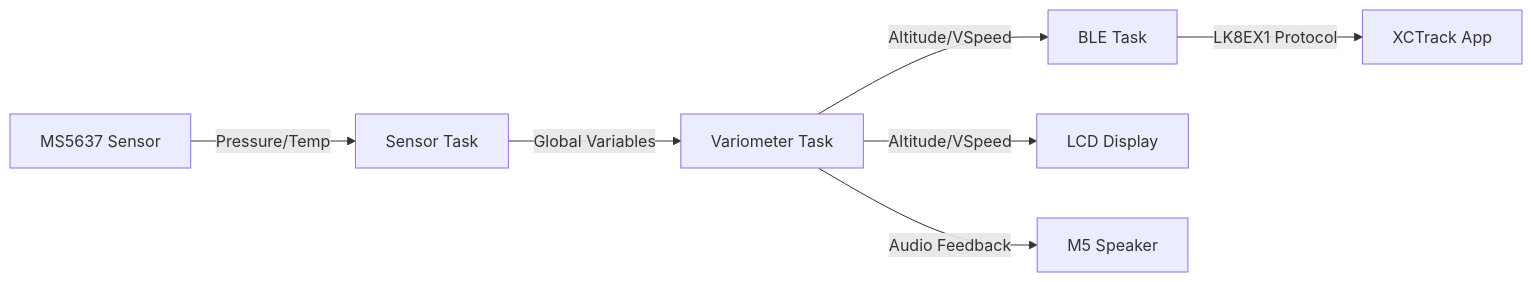
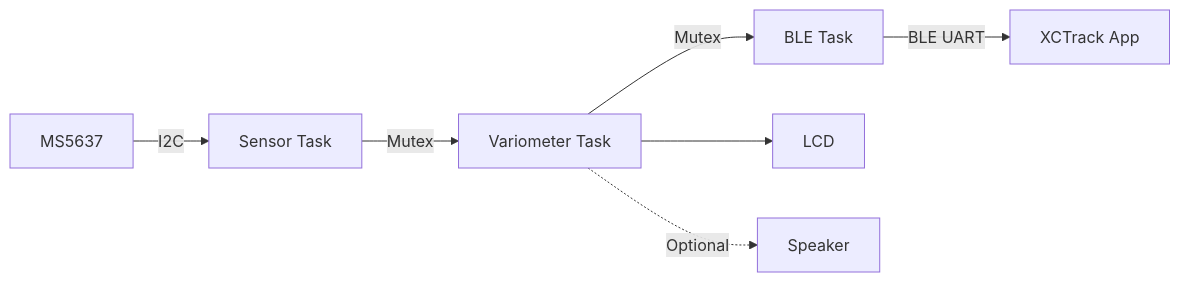
One commit to oli4wolf/m5core2-xctrack changed the second of 2 diagrams in spec/architecture.md. Above: the diagram before and after it, drawn with Mermaid. The commit also changed other lines of this file and 8 other files, not shown here.

````diff
--- a/spec/architecture.md
+++ b/spec/architecture.md
@@ -33,9 +26,9 @@
 ```mermaid
 graph LR
-    MS5637[MS5637 Sensor] -->|Pressure/Temp| SensorTask[Sensor Task]
-    SensorTask -->|Global Variables| VariometerTask[Variometer Task]
-    VariometerTask -->|Altitude/VSpeed| BLETask[BLE Task]
-    VariometerTask -->|Altitude/VSpeed| Display[LCD Display]
-    BLETask -->|LK8EX1 Protocol| XCTrack[XCTrack App]
-    VariometerTask -->|Audio Feedback| Speaker[M5 Speaker]
+    MS5637[MS5637] -->|I2C| Sensor[Sensor Task]
+    Sensor -->|Mutex| Vario[Variometer Task]
+    Vario -->|Mutex| BLE[BLE Task]
+    Vario --> Display[LCD]
+    Vario -.->|Optional| Audio[Speaker]
+    BLE -->|BLE UART| XCTrack[XCTrack App]
 ```
````
